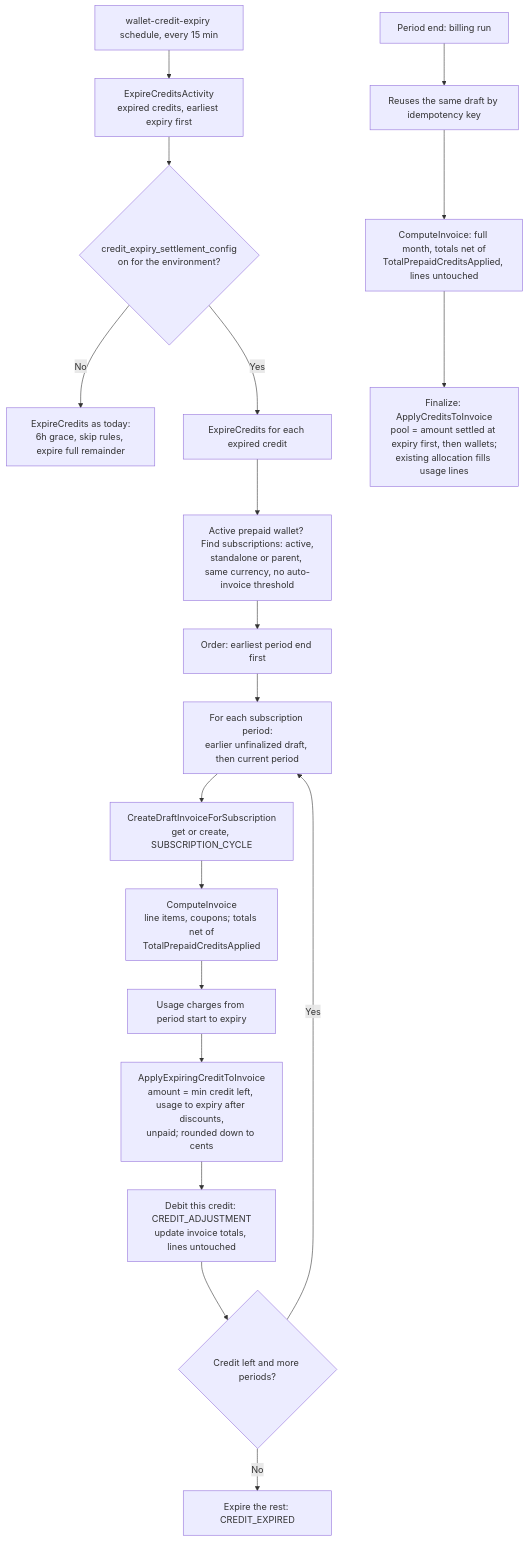
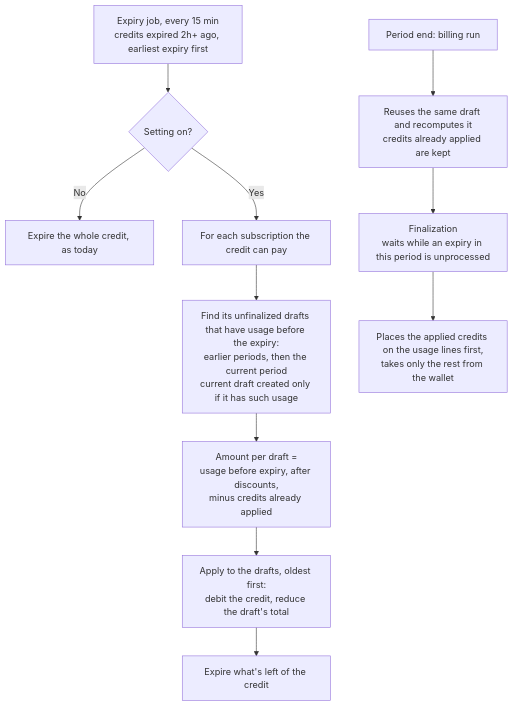
The diagram in docs/design/2026-09-26-mid-period-credit-expiry.md (flexprice/flexprice), drawn with Mermaid before and after one commit. The commit also changed other lines of this file and 4 other files, not shown here.

First line of the commit message:
fix(wallet): address review on expiry settlement; rewrite design doc

````diff
--- a/docs/design/2026-09-26-mid-period-credit-expiry.md
+++ b/docs/design/2026-09-26-mid-period-credit-expiry.md
@@ -53,22 +30,14 @@
 ```mermaid
 flowchart TD
-    A[wallet-credit-expiry schedule, every 15 min] --> B[ExpireCreditsActivity<br/>expired credits, earliest expiry first]
-    B --> C{credit_expiry_settlement_config<br/>on for the environment?}
-    C -- No --> Z[ExpireCredits as today:<br/>6h grace, skip rules, expire full remainder]
-    C -- Yes --> D[ExpireCredits for each expired credit]
-    D --> E[Active prepaid wallet? Find subscriptions: active,<br/>standalone or parent, same currency, no auto-invoice threshold]
-    E --> F[Order: earliest period end first]
-    F --> G[For each subscription period:<br/>earlier unfinalized draft, then current period]
-    G --> H[CreateDraftInvoiceForSubscription<br/>get or create, SUBSCRIPTION_CYCLE]
-    H --> I[ComputeInvoice<br/>line items, coupons; totals net of<br/>TotalPrepaidCreditsApplied]
-    I --> J[Usage charges from period start to expiry]
-    J --> K[ApplyExpiringCreditToInvoice<br/>amount = min credit left, usage to expiry after discounts,<br/>unpaid; rounded down to cents]
-    K --> L[Debit this credit: CREDIT_ADJUSTMENT<br/>update invoice totals, lines untouched]
-    L --> M{Credit left and more periods?}
-    M -- Yes --> G
-    M -- No --> N[Expire the rest: CREDIT_EXPIRED]
+    A[Expiry job, every 15 min<br/>credits expired 2h+ ago, earliest expiry first] --> B{Setting on?}
+    B -- No --> Z[Expire the whole credit, as today]
+    B -- Yes --> C[For each subscription the credit can pay]
+    C --> D[Find its unfinalized drafts that have usage before the expiry:<br/>earlier periods, then the current period<br/>current draft created only if it has such usage]
+    D --> E[Amount per draft =<br/>usage before expiry, after discounts,<br/>minus credits already applied]
+    E --> F[Apply to the drafts, oldest first:<br/>debit the credit, reduce the draft's total]
+    F --> G[Expire what's left of the credit]
 
-    P[Period end: billing run] --> Q[Reuses the same draft by idempotency key]
-    Q --> R[ComputeInvoice: full month, totals net of<br/>TotalPrepaidCreditsApplied, lines untouched]
-    R --> S[Finalize: ApplyCreditsToInvoice<br/>pool = amount settled at expiry first, then wallets;<br/>existing allocation fills usage lines]
+    P[Period end: billing run] --> Q[Reuses the same draft and recomputes it<br/>credits already applied are kept]
+    Q --> R[Finalization<br/>waits while an expiry in this period is unprocessed]
+    R --> S[Places the applied credits on the usage lines first,<br/>takes only the rest from the wallet]
 ```
````
